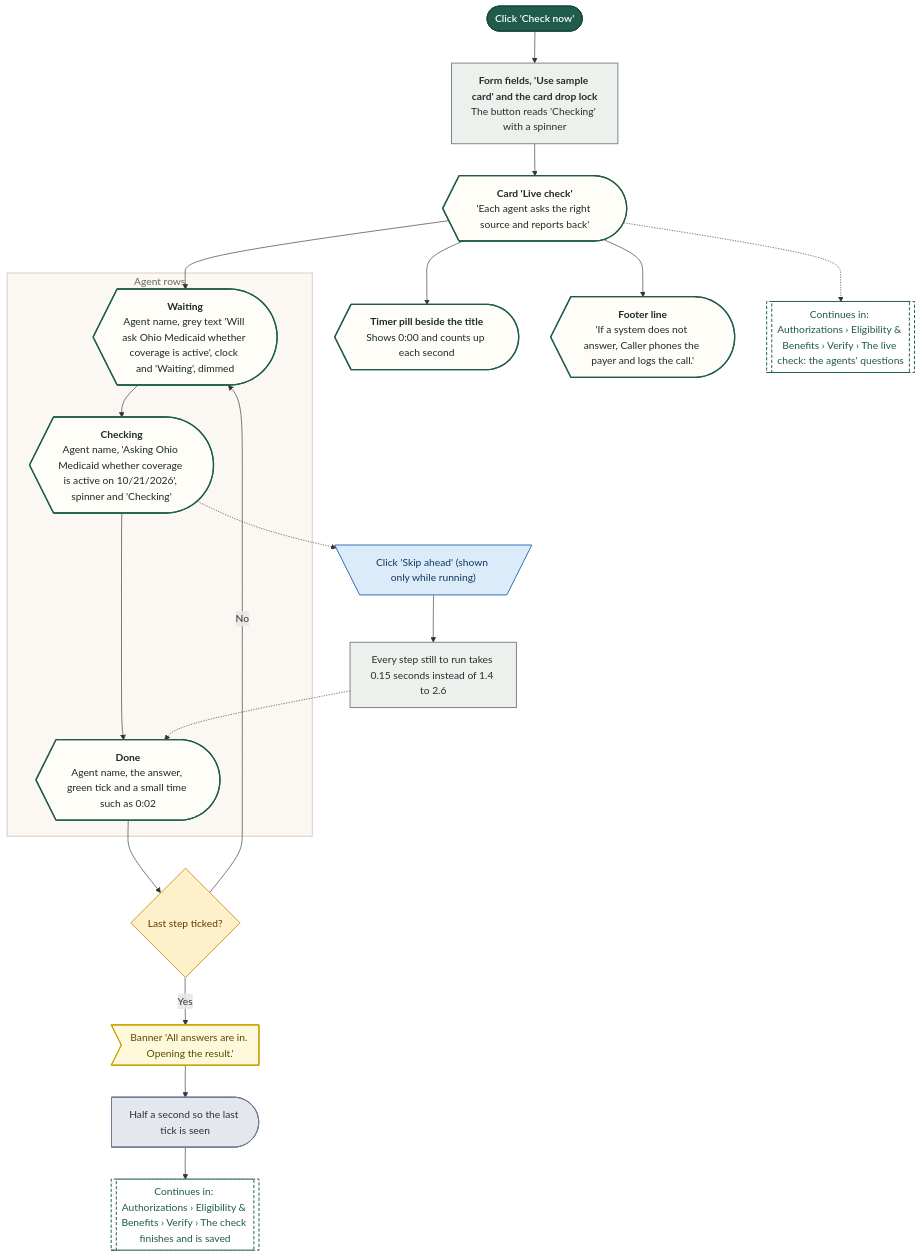
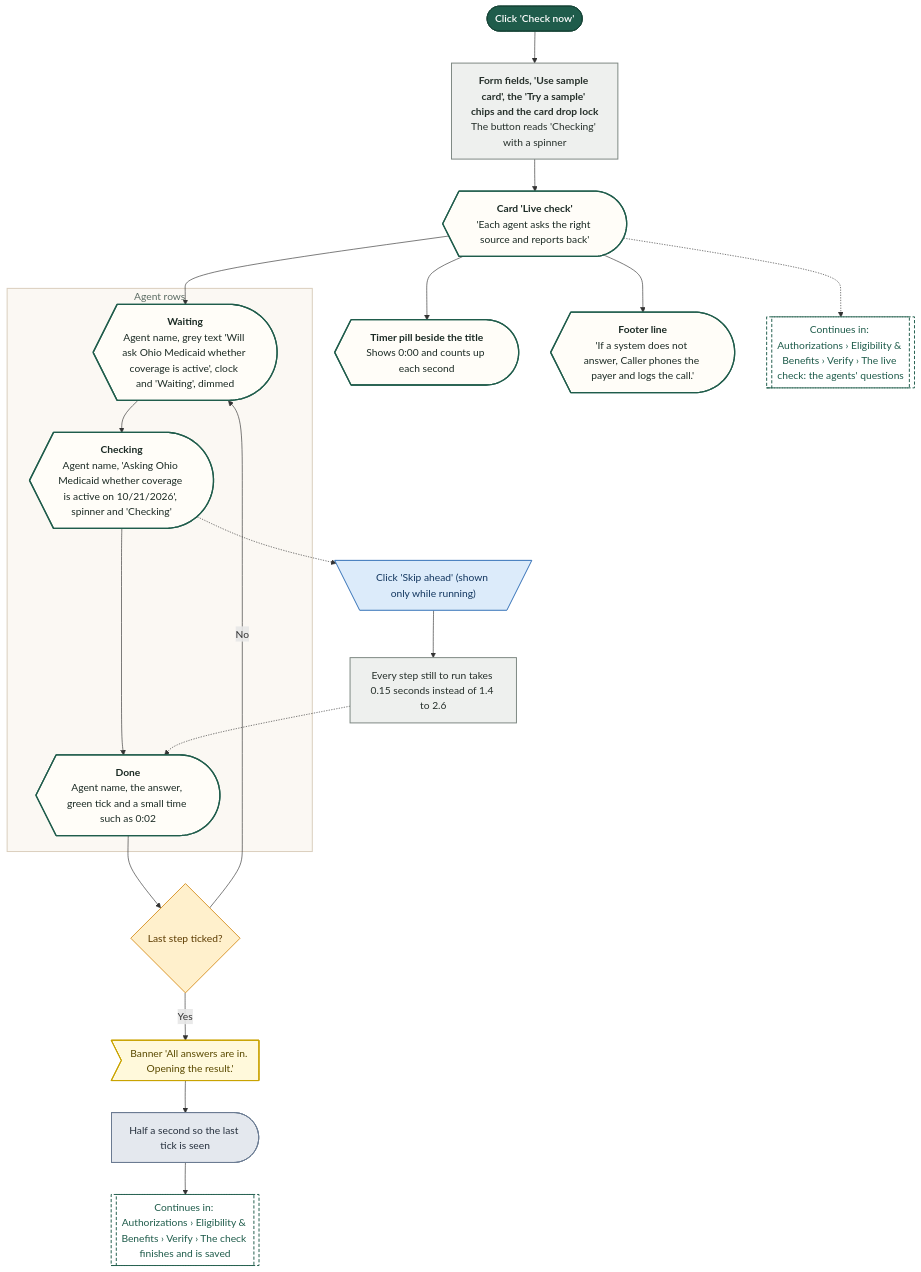
The seventh of 19 diagrams in demos/prior-auth-demo/workflows/out/md/05-eligibility.md (Shrav143/psyfloapp), drawn with Mermaid before and after one commit. The commit also changed other lines of this file and 195 other files, not shown here.

First line of the commit message:
docs: Rebuild workflow diagrams after the demo fixes (220 diagrams)

````diff
--- a/demos/prior-auth-demo/workflows/out/md/05-eligibility.md
+++ b/demos/prior-auth-demo/workflows/out/md/05-eligibility.md
@@ -406,56 +508,56 @@
 ```mermaid
 %%{init: {"theme":"base","themeVariables":{"fontFamily":"'DM Sans', 'Segoe UI', system-ui, sans-serif","fontSize":"15px","lineColor":"#5B6B63","primaryTextColor":"#1C2B25","clusterBkg":"#FBF8F3","clusterBorder":"#D9CDBB","edgeLabelBackground":"#FFFFFF"},"flowchart":{"curve":"basis","nodeSpacing":36,"rankSpacing":48,"padding":12,"htmlLabels":true,"useMaxWidth":false,"wrappingWidth":230}} }%%
 flowchart TD
   classDef k_start fill:#1F5C4B,stroke:#174638,color:#FFFFFF,stroke-width:1.5px,font-weight:600
   classDef k_end fill:#DDEFE3,stroke:#2E7D4F,color:#14502F,stroke-width:1.5px,font-weight:600
   classDef k_endx fill:#FBE3E0,stroke:#C0392B,color:#7A1F16,stroke-width:1.5px,font-weight:600
   classDef k_screen fill:#FFFDF8,stroke:#1F5C4B,color:#1C2B25,stroke-width:2px
   classDef k_overlay fill:#F1F7F3,stroke:#1F5C4B,color:#1C2B25,stroke-width:2px,stroke-dasharray:5 3
   classDef k_click fill:#DCEBFA,stroke:#2F6DB5,color:#12365F,stroke-width:1.5px
   classDef k_input fill:#E4E7FF,stroke:#4C5FD5,color:#1D2670,stroke-width:1.5px
   classDef k_process fill:#EEF0EE,stroke:#7A857F,color:#26302B,stroke-width:1.5px
   classDef k_agent fill:#EEE5FA,stroke:#7A4FC2,color:#341A63,stroke-width:1.5px
   classDef k_decision fill:#FFF0CC,stroke:#D9962B,color:#5C3B00,stroke-width:1.5px
   classDef k_store fill:#D5F0EA,stroke:#1C8E7B,color:#0B4A3F,stroke-width:1.5px
   classDef k_doc fill:#F6E9DC,stroke:#B07A4C,color:#4A2E14,stroke-width:1.5px
   classDef k_ext fill:#FFE6D2,stroke:#E07B39,color:#6B2F06,stroke-width:1.5px
   classDef k_wait fill:#E4E8EE,stroke:#6B7C93,color:#26303D,stroke-width:1.5px
   classDef k_toast fill:#FFF9DB,stroke:#C9A400,color:#5A4A00,stroke-width:1.5px
   classDef k_goto fill:#FFFFFF,stroke:#1F5C4B,color:#1F5C4B,stroke-width:1.5px,stroke-dasharray:5 3
   s1@{ shape: stadium, label: "Click 'Check now'" }
-  p1@{ shape: rect, label: "<b>Form fields, 'Use sample card' and the card drop lock</b><br/>The button reads 'Checking' with a spinner" }
+  p1@{ shape: rect, label: "<b>Form fields, 'Use sample card', the 'Try a sample' chips and the card drop lock</b><br/>The button reads 'Checking' with a spinner" }
   sc@{ shape: curv-trap, label: "<b>Card 'Live check'</b><br/>'Each agent asks the right source and reports back'" }
   subgraph gRows ["Agent rows"]
   r1@{ shape: curv-trap, label: "<b>Waiting</b><br/>Agent name, grey text 'Will ask Ohio Medicaid whether coverage is active', clock and 'Waiting', dimmed" }
   r2@{ shape: curv-trap, label: "<b>Checking</b><br/>Agent name, 'Asking Ohio Medicaid whether coverage is active on 10/21/2026', spinner and 'Checking'" }
   r3@{ shape: curv-trap, label: "<b>Done</b><br/>Agent name, the answer, green tick and a small time such as 0:02" }
   end
   tm@{ shape: curv-trap, label: "<b>Timer pill beside the title</b><br/>Shows 0:00 and counts up each second" }
   k1@{ shape: trap-t, label: "Click 'Skip ahead' (shown only while running)" }
   p2@{ shape: rect, label: "Every step still to run takes 0.15 seconds instead of 1.4 to 2.6" }
   q1@{ shape: diam, label: "Last step ticked?" }
   t1@{ shape: odd, label: "Banner 'All answers are in. Opening the result.'" }
   w1@{ shape: delay, label: "Half a second so the last tick is seen" }
   ft@{ shape: curv-trap, label: "<b>Footer line</b><br/>'If a system does not answer, Caller phones the payer and logs the call.'" }
   g1@{ shape: subproc, label: "Continues in: Authorizations › Eligibility & Benefits › Verify › The live check: the agents' questions" }
   g2@{ shape: subproc, label: "Continues in: Authorizations › Eligibility & Benefits › Verify › The check finishes and is saved" }
   s1 --> p1 --> sc
   sc --> r1
   r1 --> r2 --> r3
   sc --> tm
   sc --> ft
   sc -.-> g1
   r3 --> q1
   q1 -->|"No"| r1
   q1 -->|"Yes"| t1 --> w1 --> g2
   r2 -.-> k1 --> p2 -.-> r3
   class s1 k_start
   class p1,p2 k_process
   class sc,r1,r2,r3,tm,ft k_screen
   class k1 k_click
   class q1 k_decision
   class t1 k_toast
   class w1 k_wait
   class g1,g2 k_goto
   style gRows fill:#FBF8F3,stroke:#D9CDBB,stroke-width:1.5px,color:#5B6B63
 ```
````
